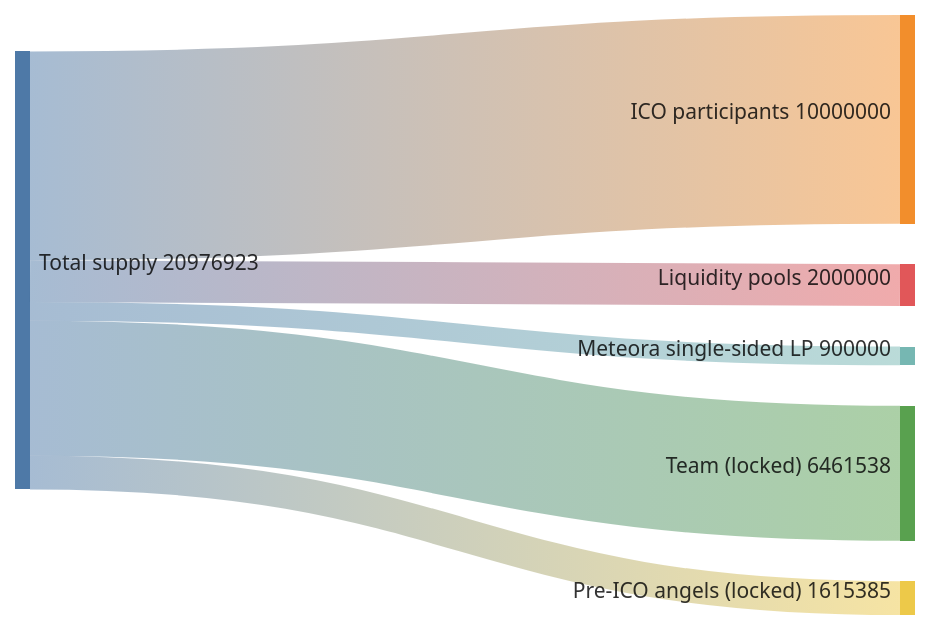
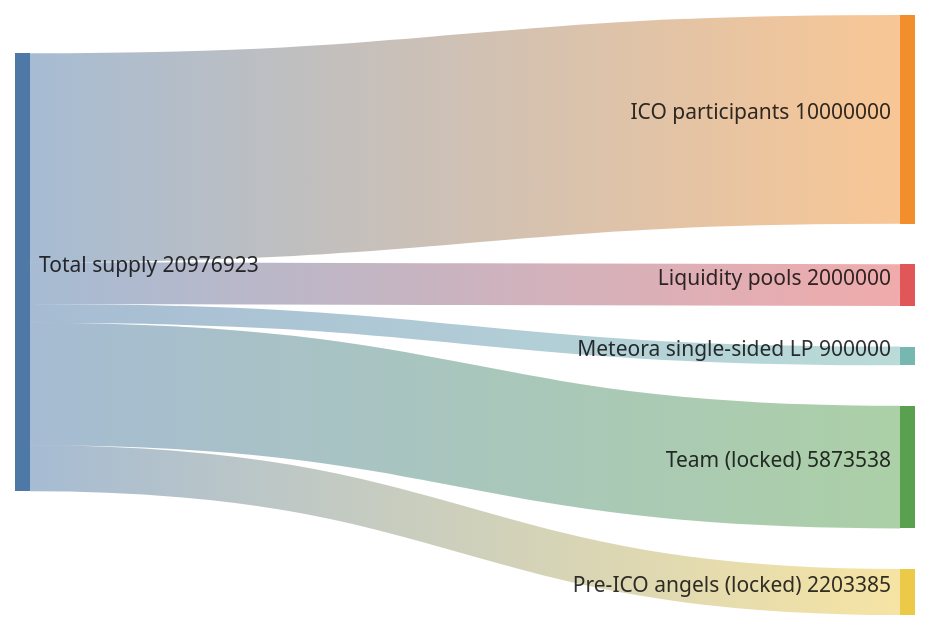
One commit to loyal-labs/loyal-docs changed the diagram in launch/token.mdx. Above: the diagram before and after it, drawn with Mermaid. The commit also changed other lines of this file, not shown here.

````diff
--- a/launch/token.mdx
+++ b/launch/token.mdx
@@ -8,10 +8,10 @@
 ```mermaid
 sankey-beta
 
 %% source,target,value
 Total supply,ICO participants,10000000
 Total supply,Liquidity pools,2000000
 Total supply,Meteora single-sided LP,900000
-Total supply,Team (locked),6461538
-Total supply,Pre-ICO angels (locked),1615385
+Total supply,Team (locked),5873538
+Total supply,Pre-ICO angels (locked),2203385
 ```
````
